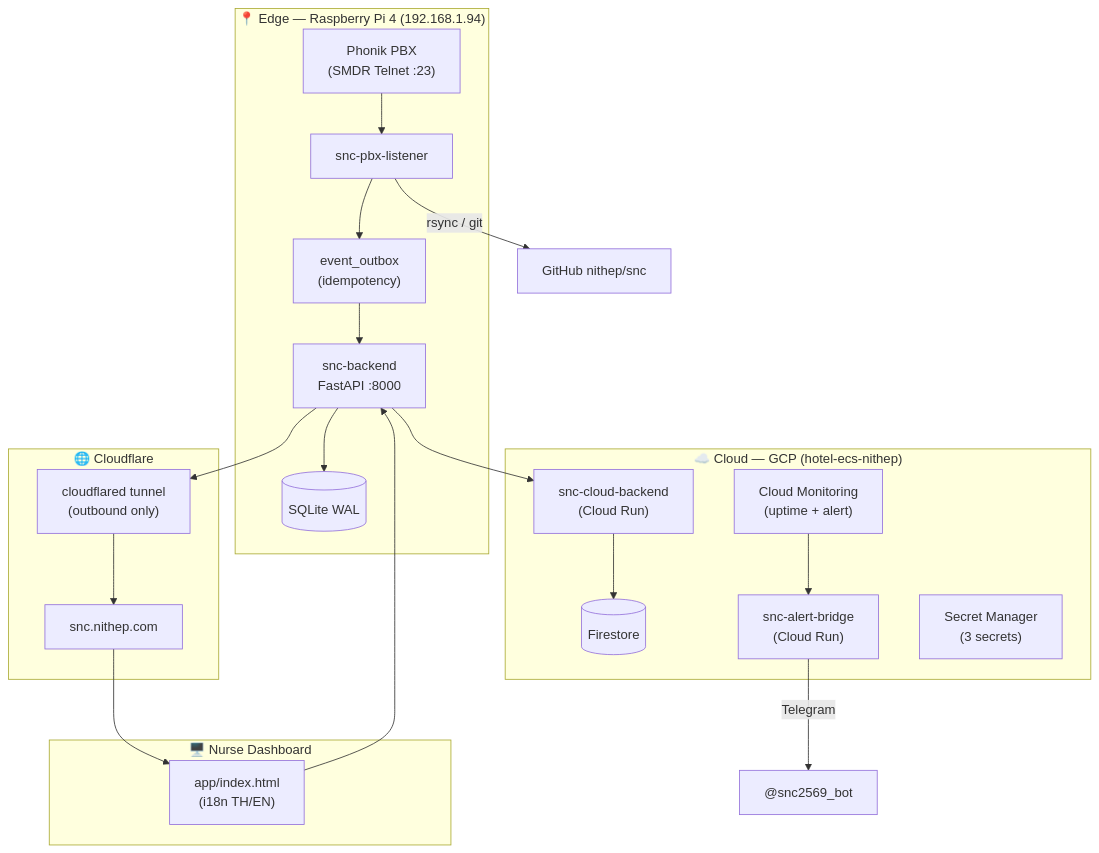
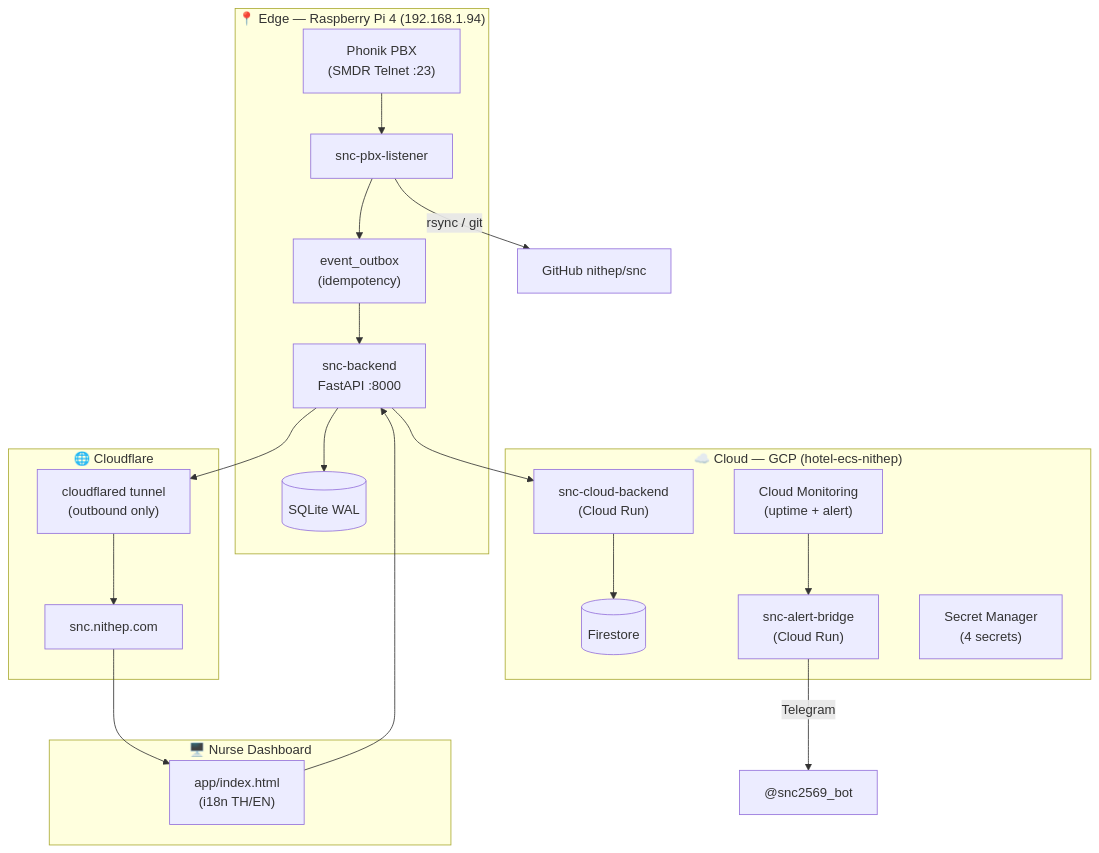
Before and after one commit to nithep/snc: the diagram in README.md, drawn with Mermaid. The commit also changed 1 other file, not shown here.

Commit message:
doc: Secret Manager node shows 4 secrets (snc-api-key added)
Today's session created the snc-api-key secret and mounted it (plus
snc-telegram-bot-token) on Cloud Run, so the architecture Secrets Manager node
was stale at "3 secrets". Update README diagram + landing page to "4 secrets";
SECURITY.md already lists all four. Diagram topology otherwise matches the
proposed architecture.

🤖 Generated with Codebuff

````diff
--- a/README.md
+++ b/README.md
@@ -40,34 +40,34 @@
 ```mermaid
 flowchart TB
     subgraph EDGE["📍 Edge — Raspberry Pi 4 (192.168.1.94)"]
         PBX["Phonik PBX<br/>(SMDR Telnet :23)"] --> LISTENER["snc-pbx-listener"]
         LISTENER --> OUTBOX["event_outbox<br/>(idempotency)"]
         OUTBOX --> BACKEND["snc-backend<br/>FastAPI :8000"]
         BACKEND --> DB[(SQLite WAL)]
     end
 
     subgraph CLOUD["☁️ Cloud — GCP (hotel-ecs-nithep)"]
         CR_BE["snc-cloud-backend<br/>(Cloud Run)"] --> FS[(Firestore)]
         BRIDGE["snc-alert-bridge<br/>(Cloud Run)"]
-        SM["Secret Manager<br/>(3 secrets)"]
+        SM["Secret Manager<br/>(4 secrets)"]
         MON["Cloud Monitoring<br/>(uptime + alert)"]
         MON --> BRIDGE
     end
 
     subgraph NET["🌐 Cloudflare"]
         TUNNEL["cloudflared tunnel<br/>(outbound only)"]
         DOMAIN["snc.nithep.com"]
         TUNNEL --> DOMAIN
     end
 
     subgraph DASH["🖥️ Nurse Dashboard"]
         UI["app/index.html<br/>(i18n TH/EN)"]
     end
 
     BACKEND --> TUNNEL
     DOMAIN --> UI
     UI --> BACKEND
     BACKEND --> CR_BE
     BRIDGE -->|"Telegram"| TG["@snc2569_bot"]
     LISTENER -->|"rsync / git"| GIT["GitHub nithep/snc"]
 ```
````
